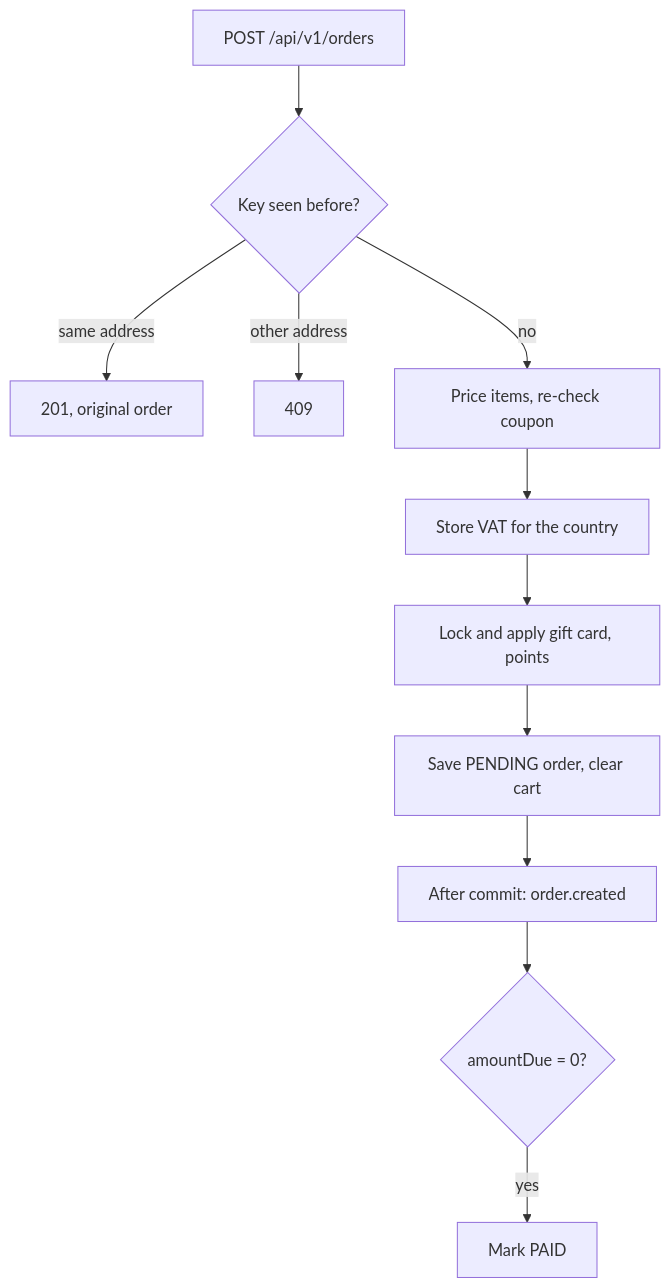
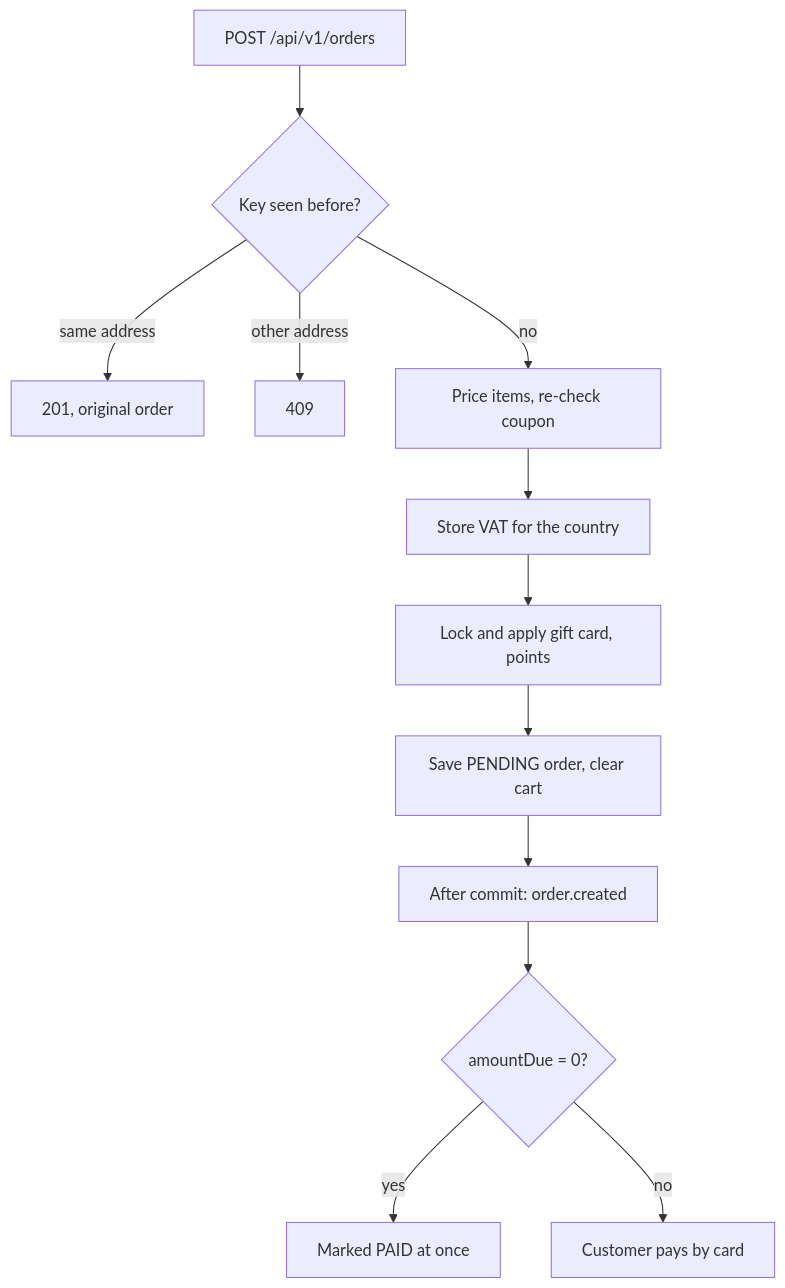
Before and after one commit to slawekradzyminski/awesome-localstack: the diagram in docs-site/docs/flows/checkout.md, drawn with Mermaid. The commit also changed 19 other files, not shown here.

First line of the commit message:
Review every wiki diagram by eye and redraw the unclear ones

````diff
--- a/docs-site/docs/flows/checkout.md
+++ b/docs-site/docs/flows/checkout.md
@@ -8,13 +8,14 @@
 ```mermaid
 flowchart TB
     A[POST /api/v1/orders] --> K{Key seen before?}
     K -- same address --> R[201, original order]
     K -- other address --> X[409]
     K -- no --> C[Price items, re-check coupon]
     C --> V[Store VAT for the country]
     V --> T[Lock and apply gift card, points]
     T --> S[Save PENDING order, clear cart]
     S --> E[After commit: order.created]
     E --> Z{amountDue = 0?}
-    Z -- yes --> P[Mark PAID]
+    Z -- yes --> P[Marked PAID at once]
+    Z -- no --> Q[Customer pays by card]
 ```
````
